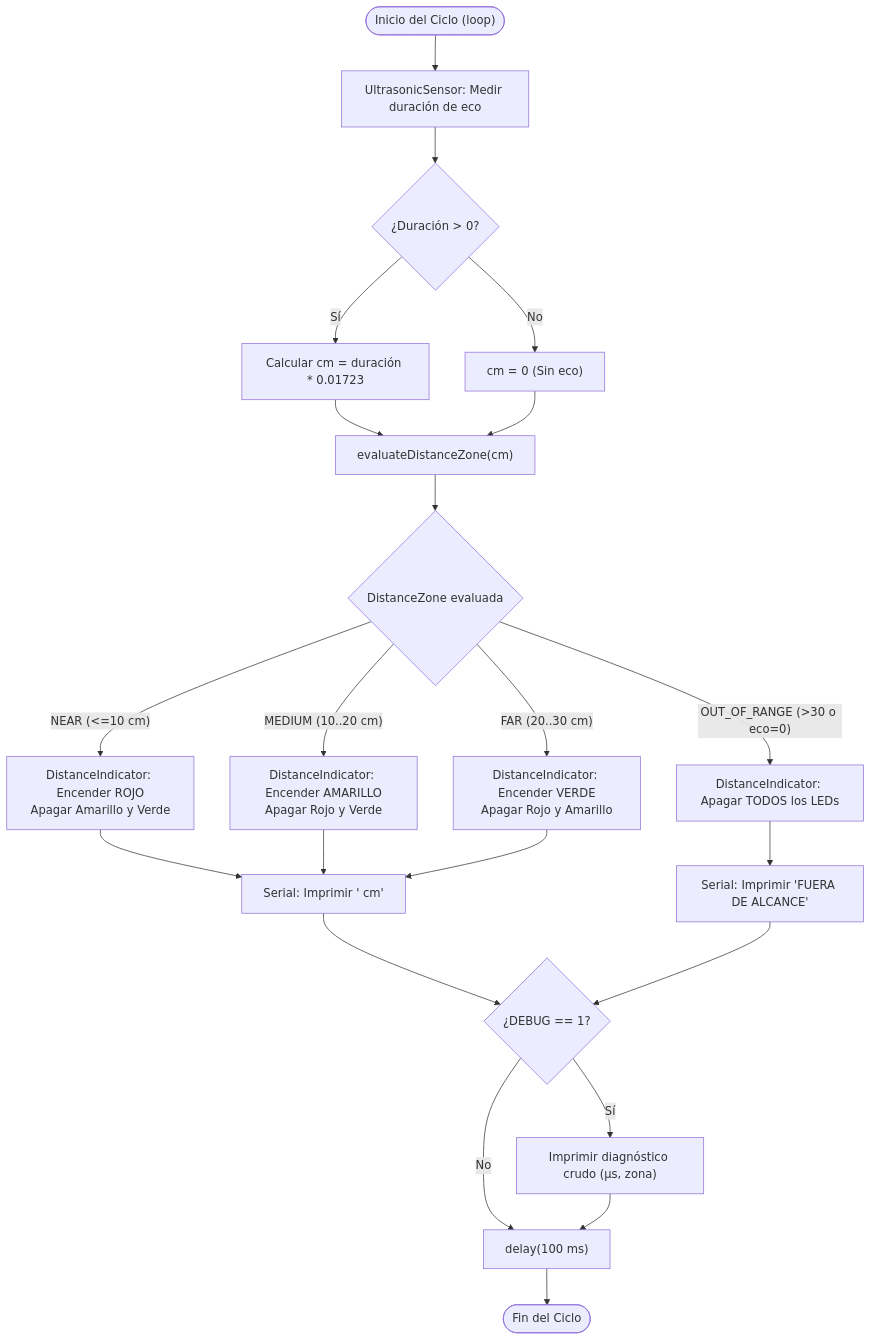
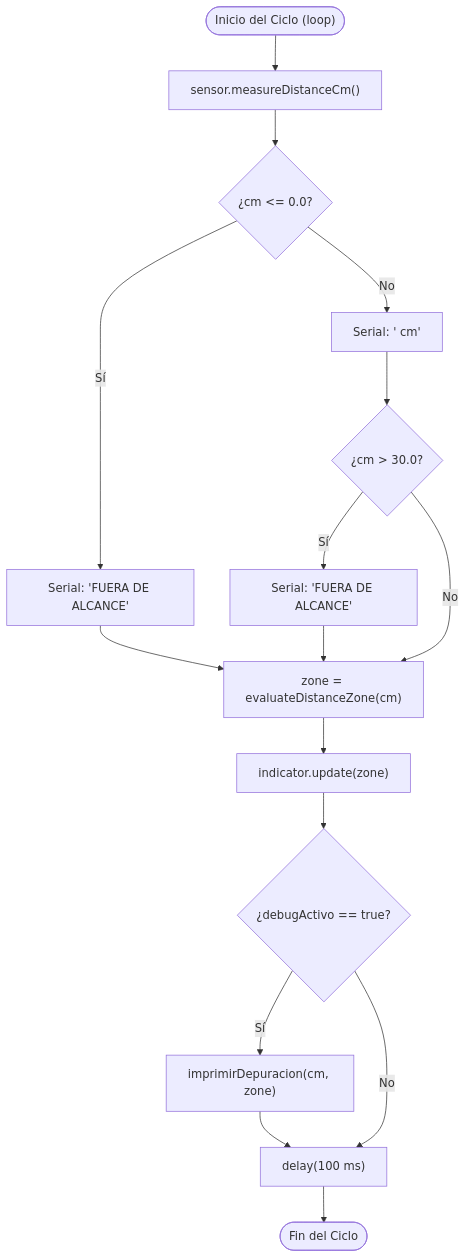
One commit to mjlozada2003/UltrasonicSensorLeds2 changed the second of 2 diagrams in _bmad-output/planning-artifacts/architecture/architecture-UltrasonicLedsSensor-2026-09-05/documentacion-tecnica-sistema.md. Above: the diagram before and after it, drawn with Mermaid. The commit also changed other lines of this file and 11 other files, not shown here.

````diff
--- a/_bmad-output/planning-artifacts/architecture/architecture-UltrasonicLedsSensor-2026-09-05/documentacion-tecnica-sistema.md
+++ b/_bmad-output/planning-artifacts/architecture/architecture-UltrasonicLedsSensor-2026-09-05/documentacion-tecnica-sistema.md
@@ -111,32 +112,22 @@
 ```mermaid
 flowchart TD
-    START(["Inicio del Ciclo (loop)"]) --> READ["UltrasonicSensor: Medir duración de eco"]
-    READ --> CHECK_ECHO{"¿Duración > 0?"}
+    START(["Inicio del Ciclo (loop)"]) --> READ["sensor.measureDistanceCm()"]
+    READ --> CHECK_ECHO{"¿cm <= 0.0?"}
     
-    CHECK_ECHO -- Sí --> CALC["Calcular cm = duración * 0.01723"]
-    CHECK_ECHO -- No --> SET_ZERO["cm = 0 (Sin eco)"]
+    CHECK_ECHO -- Sí --> PRINT_OUT1["Serial: 'FUERA DE ALCANCE'"]
+    CHECK_ECHO -- No --> PRINT_CM["Serial: '<cm> cm'"]
+    PRINT_CM --> CHECK_FAR{"¿cm > 30.0?"}
+    CHECK_FAR -- Sí --> PRINT_OUT2["Serial: 'FUERA DE ALCANCE'"]
+    CHECK_FAR -- No --> EVAL
+    PRINT_OUT1 --> EVAL
+    PRINT_OUT2 --> EVAL
     
-    CALC --> EVAL["evaluateDistanceZone(cm)"]
-    SET_ZERO --> EVAL
+    EVAL["zone = evaluateDistanceZone(cm)"] --> ACT["indicator.update(zone)"]
     
-    EVAL --> ZONE_BRANCH{"DistanceZone evaluada"}
-    
-    ZONE_BRANCH -- "NEAR (<=10 cm)" --> ACT_RED["DistanceIndicator: Encender ROJO\nApagar Amarillo y Verde"]
-    ZONE_BRANCH -- "MEDIUM (10..20 cm)" --> ACT_YEL["DistanceIndicator: Encender AMARILLO\nApagar Rojo y Verde"]
-    ZONE_BRANCH -- "FAR (20..30 cm)" --> ACT_GRN["DistanceIndicator: Encender VERDE\nApagar Rojo y Amarillo"]
-    ZONE_BRANCH -- "OUT_OF_RANGE (>30 o eco=0)" --> ACT_OFF["DistanceIndicator: Apagar TODOS los LEDs"]
-    
-    ACT_RED --> TELEM["Serial: Imprimir '<cm> cm'"]
-    ACT_YEL --> TELEM
-    ACT_GRN --> TELEM
-    ACT_OFF --> TELEM_OUT["Serial: Imprimir 'FUERA DE ALCANCE'"]
-    
-    TELEM --> DEBUG_CHECK{"¿DEBUG == 1?"}
-    TELEM_OUT --> DEBUG_CHECK
-    
-    DEBUG_CHECK -- Sí --> PRINT_DBG["Imprimir diagnóstico crudo (µs, zona)"]
+    ACT --> DEBUG_CHECK{"¿debugActivo == true?"}
+    DEBUG_CHECK -- Sí --> PRINT_DBG["imprimirDepuracion(cm, zone)"]
     DEBUG_CHECK -- No --> WAIT
     PRINT_DBG --> WAIT
     
     WAIT["delay(100 ms)"] --> END_CYCLE(["Fin del Ciclo"])
 ```
````
